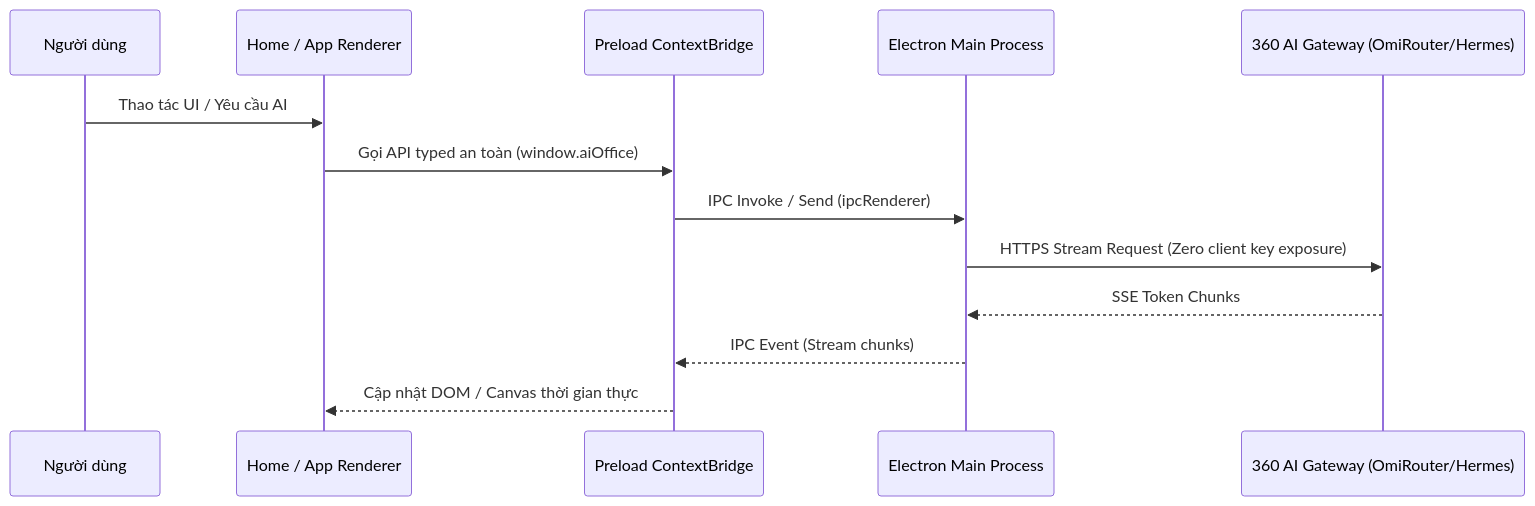
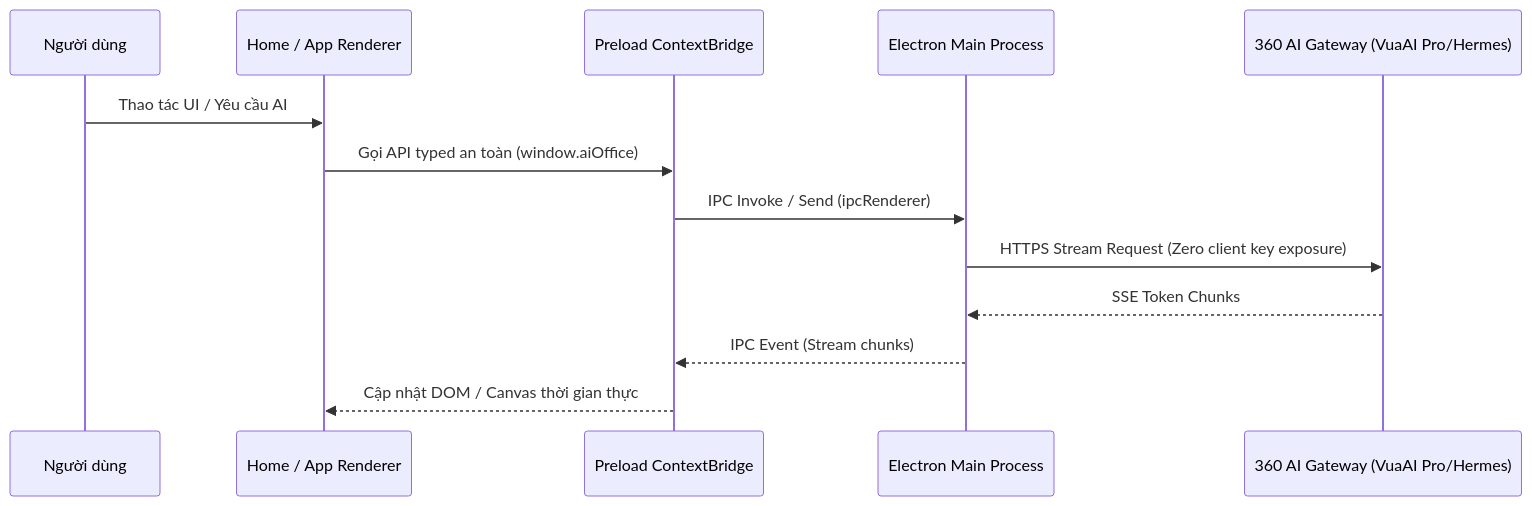
Before and after one commit to 360org/vuaoffice: the second of 2 diagrams in docs/ARCH.md, drawn with Mermaid. The commit also changed other lines of this file and 218 other files, not shown here.

````diff
--- a/docs/ARCH.md
+++ b/docs/ARCH.md
@@ -81,16 +81,16 @@
 ```mermaid
 sequenceDiagram
     participant User as Người dùng
     participant Renderer as Home / App Renderer
     participant Preload as Preload ContextBridge
     participant Main as Electron Main Process
-    participant AI as 360 AI Gateway (OmiRouter/Hermes)
+    participant AI as 360 AI Gateway (VuaAI Pro/Hermes)
 
     User->>Renderer: Thao tác UI / Yêu cầu AI
     Renderer->>Preload: Gọi API typed an toàn (window.aiOffice)
     Preload->>Main: IPC Invoke / Send (ipcRenderer)
     Main->>AI: HTTPS Stream Request (Zero client key exposure)
     AI-->>Main: SSE Token Chunks
     Main-->>Preload: IPC Event (Stream chunks)
     Preload-->>Renderer: Cập nhật DOM / Canvas thời gian thực
 ```
````
